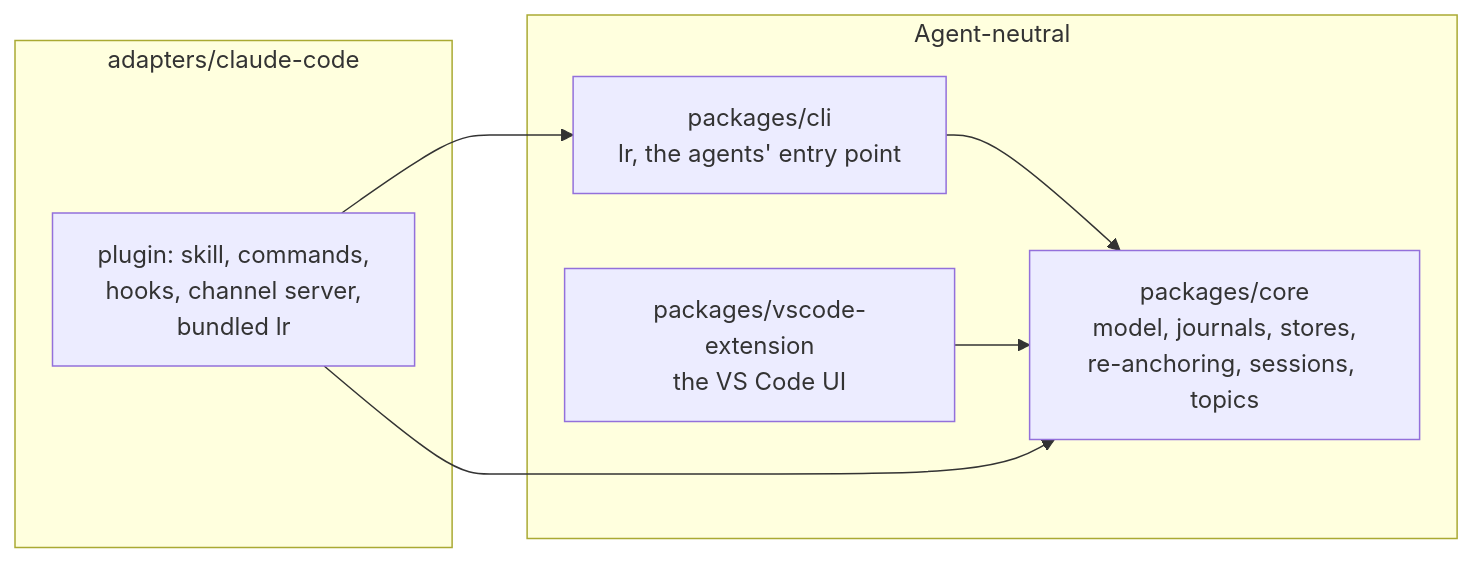
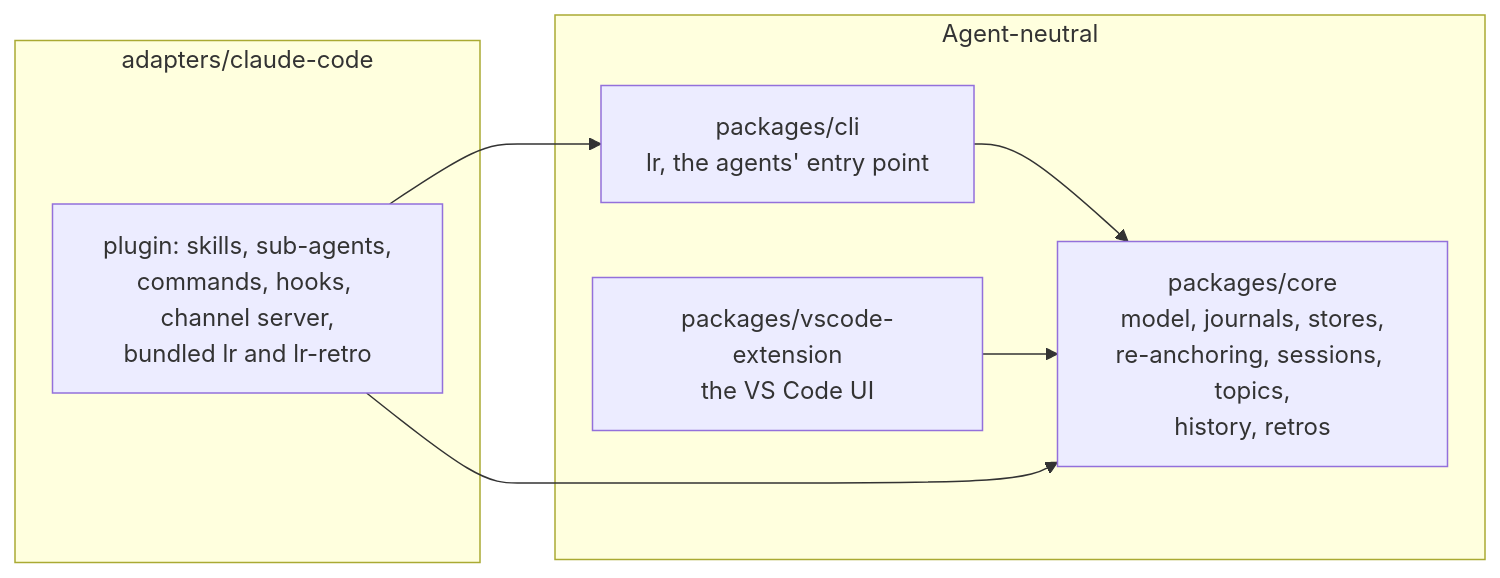
Before and after one commit to silykat/silykat: the first of 3 diagrams in docs/architecture.md, drawn with Mermaid. The commit also changed other lines of this file and 2 other files, not shown here.

Commit message:
docs: describe retros and the jev key

````diff
--- a/docs/architecture.md
+++ b/docs/architecture.md
@@ -9,15 +9,15 @@
 ```mermaid
 flowchart LR
   subgraph neutral["Agent-neutral"]
-    core["packages/core<br/>model, journals, stores,<br/>re-anchoring, sessions, topics"]
+    core["packages/core<br/>model, journals, stores,<br/>re-anchoring, sessions, topics,<br/>history, retros"]
     cli["packages/cli<br/>lr, the agents' entry point"]
     ext["packages/vscode-extension<br/>the VS Code UI"]
   end
   subgraph claude["adapters/claude-code"]
-    plugin["plugin: skill, commands,<br/>hooks, channel server,<br/>bundled lr"]
+    plugin["plugin: skills, sub-agents,<br/>commands, hooks, channel server,<br/>bundled lr and lr-retro"]
   end
   cli --> core
   ext --> core
   plugin --> core
   plugin --> cli
 ```
````
